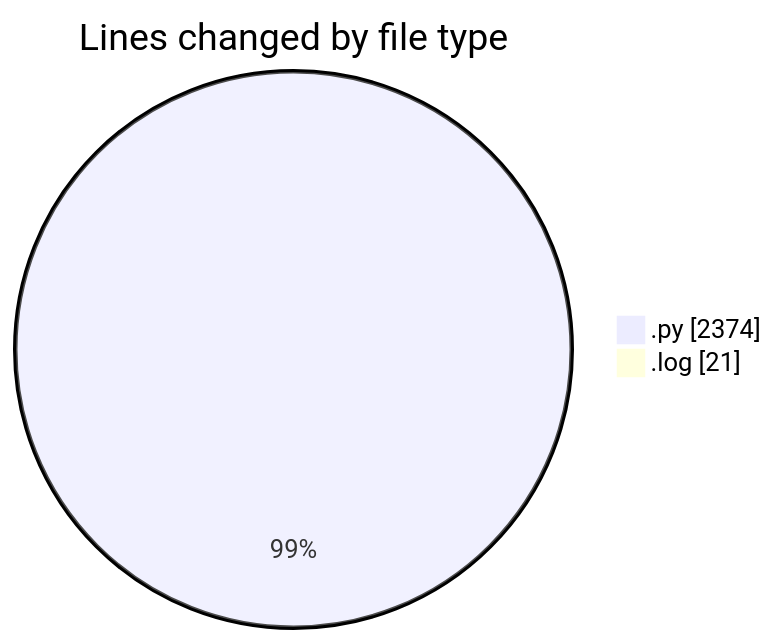
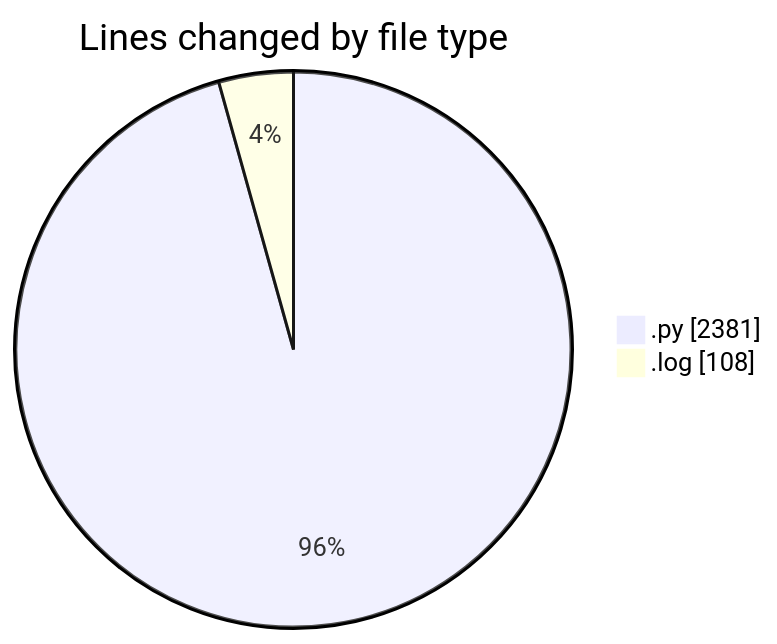
The first of 2 diagrams in 2025-05-06/samplepdf/README.md (momahboobian/code-tracking), drawn with Mermaid before and after one commit. The commit also changed other lines of this file and 1 other file, not shown here.

````diff
--- a/2025-05-06/samplepdf/README.md
+++ b/2025-05-06/samplepdf/README.md
@@ -40,6 +41,6 @@
 ```mermaid
 pie showData
 title Lines changed by file type
-".py" : 2374
-".log" : 21
+".py" : 2381
+".log" : 108
 ```
````
